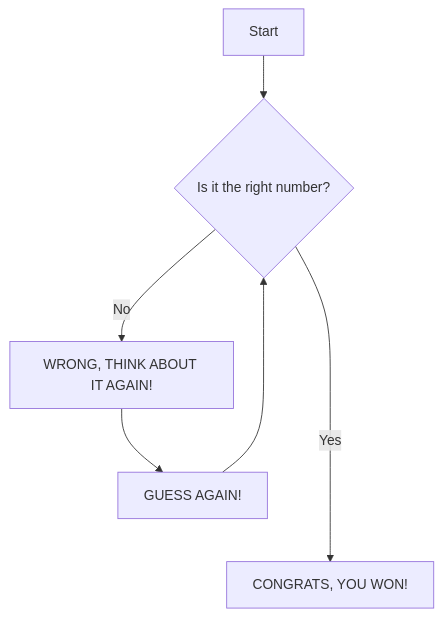
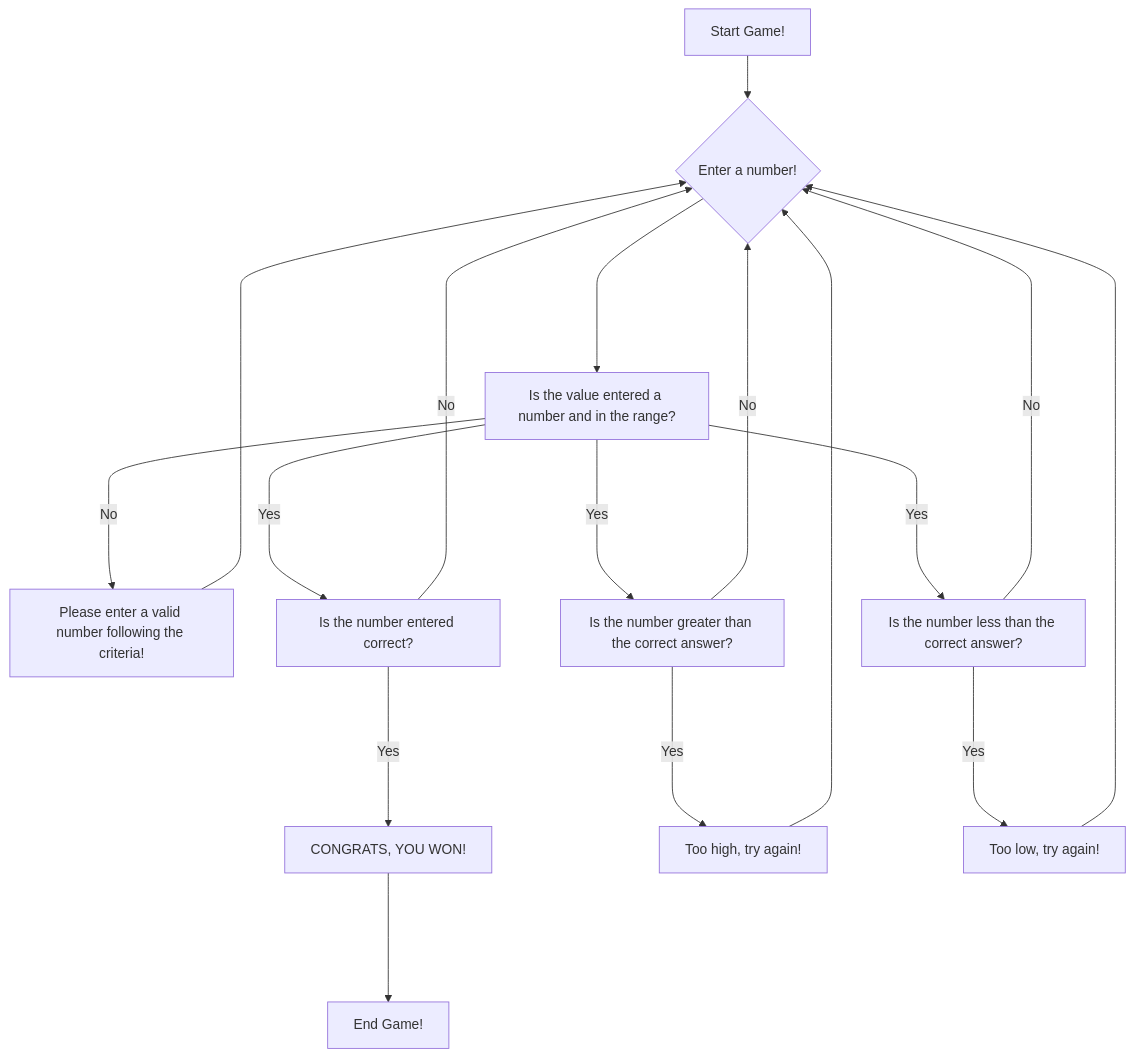
One commit to ssturlapati/ssturlapati.github.io changed the diagram in Guessing.md. Above: the diagram before and after it, drawn with Mermaid. The commit also changed other lines of this file, not shown here.

Commit message:
Finished Guessing Game
Added the flowchart correctly, directions or criteria to the game, and documentation for each step in the process of the game.

````diff
--- a/Guessing.md
+++ b/Guessing.md
@@ -2,8 +3,22 @@
 ```mermaid
 flowchart TD
-    A[Start] --> B{Is it the right number?}
-    B -- No --> C[WRONG, THINK ABOUT IT AGAIN!]
-    C --> D[GUESS AGAIN!]
+    A[Start Game!] --> B{Enter a number!}
+    B ----> C[Is the value entered a number and in the range?]
+    C -- No ----> D[Please enter a valid number following the criteria!]
     D --> B
-    B -- Yes ----> E[CONGRATS, YOU WON!]
+
+    C -- Yes ----> E[Is the number entered correct?]
+    E -- Yes ----> I[CONGRATS, YOU WON!]
+    E -- No ----> B
+    I ----> J[End Game!]
+
+    C -- Yes ----> F[Is the number greater than the correct answer?]
+    F -- Yes ----> G[Too high, try again!]
+    G ----> B
+    F -- No ----> B
+
+    C -- Yes ----> K[Is the number less than the correct answer?]
+    K -- Yes ----> H[Too low, try again!]
+    H ----> B
+    K -- No ----> B
 ```
````
